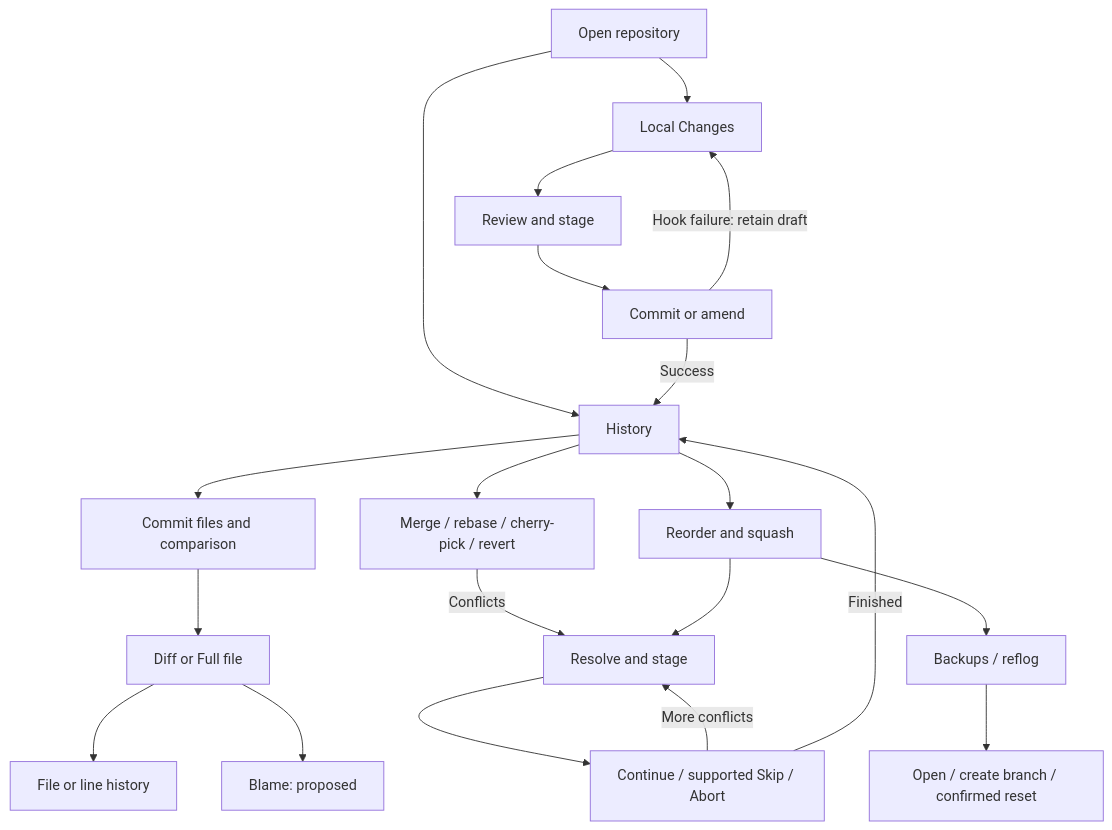
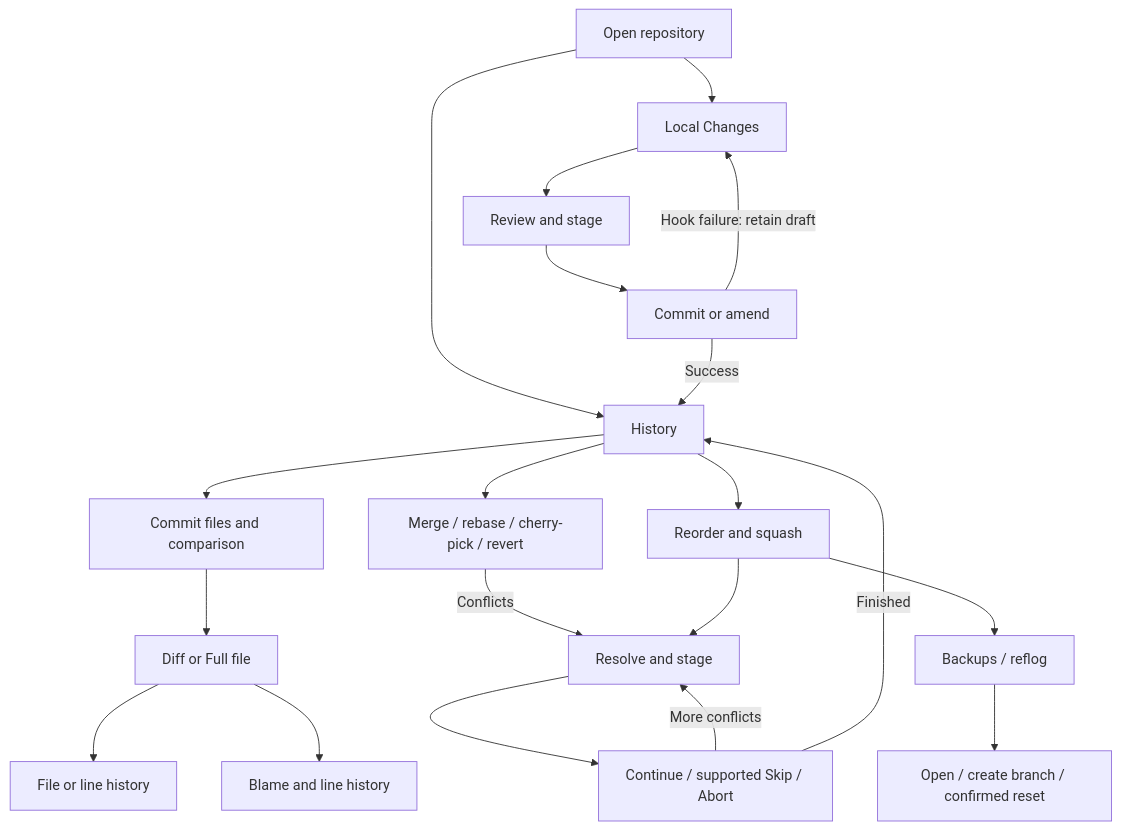
One commit to baol/gg changed the diagram in docs/user-flows.md. Above: the diagram before and after it, drawn with Mermaid. The commit also changed other lines of this file and 3 other files, not shown here.

````diff
--- a/docs/user-flows.md
+++ b/docs/user-flows.md
@@ -42,22 +42,22 @@
 ```mermaid
 flowchart TD
     Open[Open repository] --> History[History]
     History --> Review[Commit files and comparison]
     Review --> Read[Diff or Full file]
     Read --> Timeline[File or line history]
-    Read --> Blame[Blame: proposed]
+    Read --> Blame[Blame and line history]
     Open --> Local[Local Changes]
     Local --> Stage[Review and stage]
     Stage --> Commit[Commit or amend]
     Commit -->|Hook failure: retain draft| Local
     Commit -->|Success| History
     History --> Integrate[Merge / rebase / cherry-pick / revert]
     Integrate -->|Conflicts| Resolve[Resolve and stage]
     Resolve --> Continue[Continue / supported Skip / Abort]
     Continue -->|More conflicts| Resolve
     Continue -->|Finished| History
     History --> Rewrite[Reorder and squash]
     Rewrite --> Resolve
     Rewrite --> Backup[Backups / reflog]
     Backup --> Recover[Open / create branch / confirmed reset]
 ```
````
